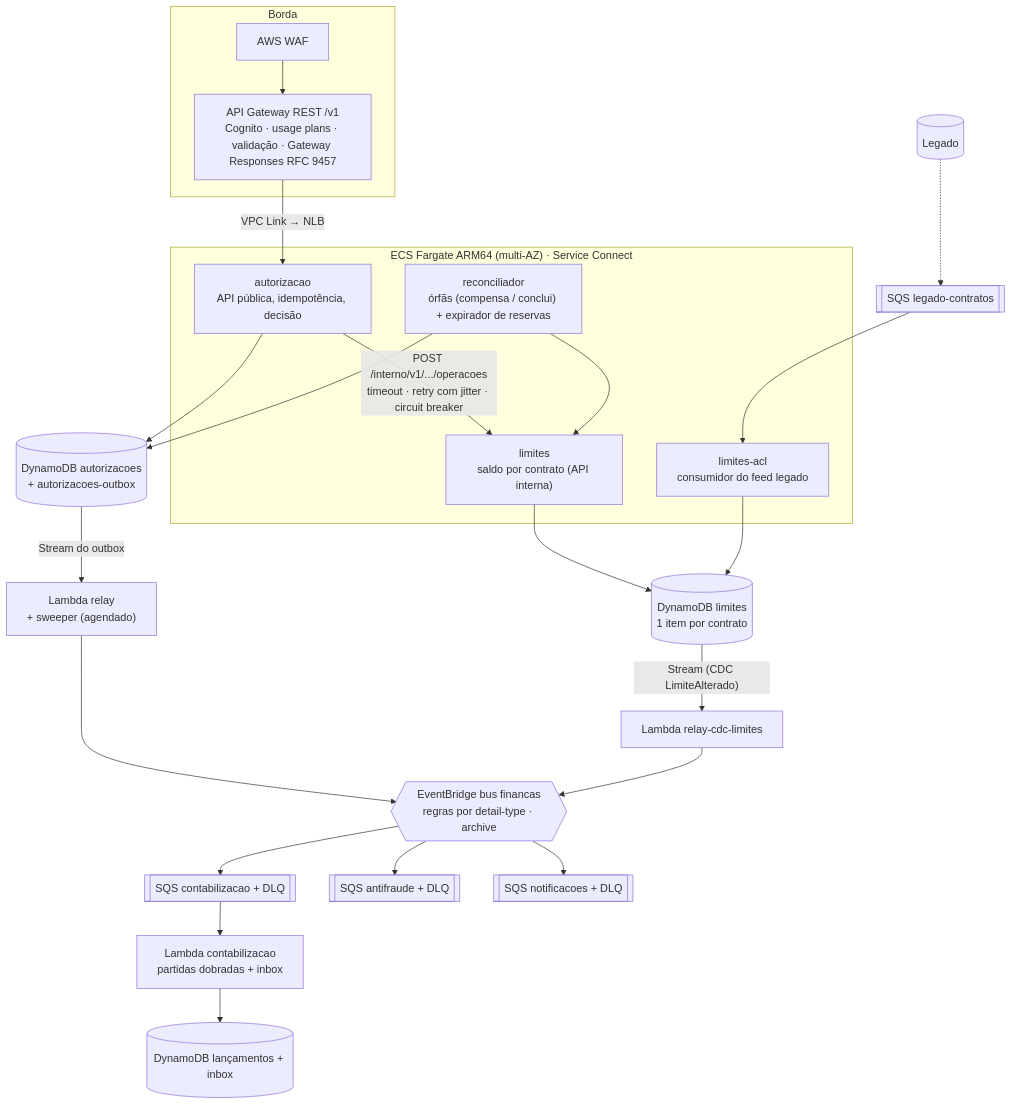
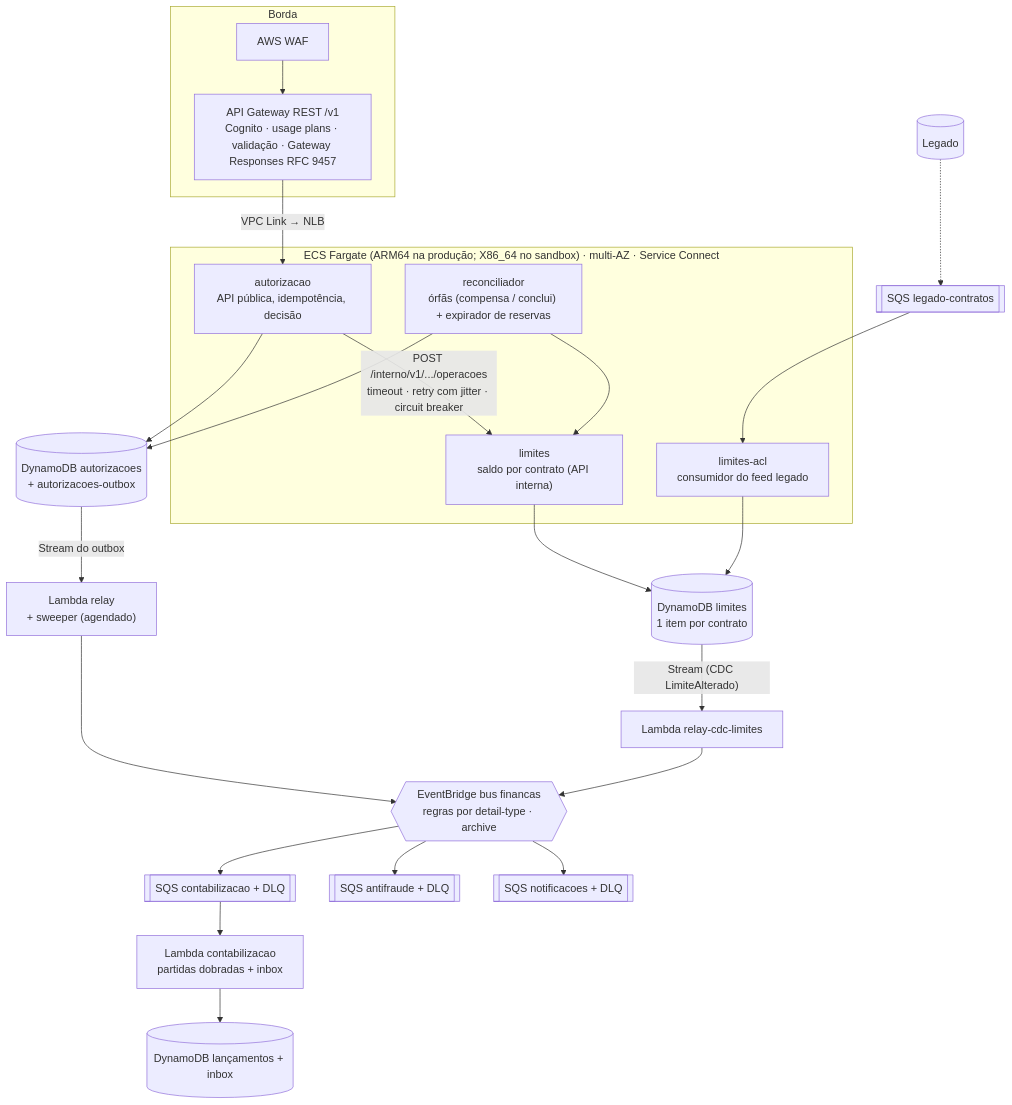
One commit to giovanedms/desafio-zup changed the second of 3 diagrams in docs/arquitetura/documento-de-arquitetura.md. Above: the diagram before and after it, drawn with Mermaid. The commit also changed other lines of this file and 10 other files, not shown here.

````diff
--- a/docs/arquitetura/documento-de-arquitetura.md
+++ b/docs/arquitetura/documento-de-arquitetura.md
@@ -48,28 +48,28 @@
 ```mermaid
 flowchart TB
   subgraph Borda
     WAF[AWS WAF] --> GW["API Gateway REST /v1<br/>Cognito · usage plans · validação · Gateway Responses RFC 9457"]
   end
   GW -->|VPC Link → NLB| AUT
-  subgraph ECS["ECS Fargate ARM64 (multi-AZ) · Service Connect"]
+  subgraph ECS["ECS Fargate (ARM64 na produção; X86_64 no sandbox) · multi-AZ · Service Connect"]
     AUT["autorizacao<br/>API pública, idempotência, decisão"]
     LIM["limites<br/>saldo por contrato (API interna)"]
     ACL["limites-acl<br/>consumidor do feed legado"]
     REC["reconciliador<br/>órfãs (compensa / conclui) + expirador de reservas"]
   end
   AUT -->|"POST /interno/v1/.../operacoes<br/>timeout · retry com jitter · circuit breaker"| LIM
   REC --> LIM
   AUT --> DA[("DynamoDB autorizacoes<br/>+ autorizacoes-outbox")]
   REC --> DA
   LIM --> DL[("DynamoDB limites<br/>1 item por contrato")]
   ACL --> DL
   FILA_LEG[[SQS legado-contratos]] --> ACL
   LEG[(Legado)] -.-> FILA_LEG
   DA -- Stream do outbox --> RELAY["Lambda relay<br/>+ sweeper (agendado)"]
   DL -- Stream (CDC LimiteAlterado) --> RELAYCDC["Lambda relay-cdc-limites"]
   RELAY --> BUS{{"EventBridge bus financas<br/>regras por detail-type · archive"}}
   RELAYCDC --> BUS
   BUS --> Q1[[SQS contabilizacao + DLQ]] --> CTB["Lambda contabilizacao<br/>partidas dobradas + inbox"] --> DC[("DynamoDB lançamentos + inbox")]
   BUS --> Q2[[SQS antifraude + DLQ]]
   BUS --> Q3[[SQS notificacoes + DLQ]]
 ```
````
